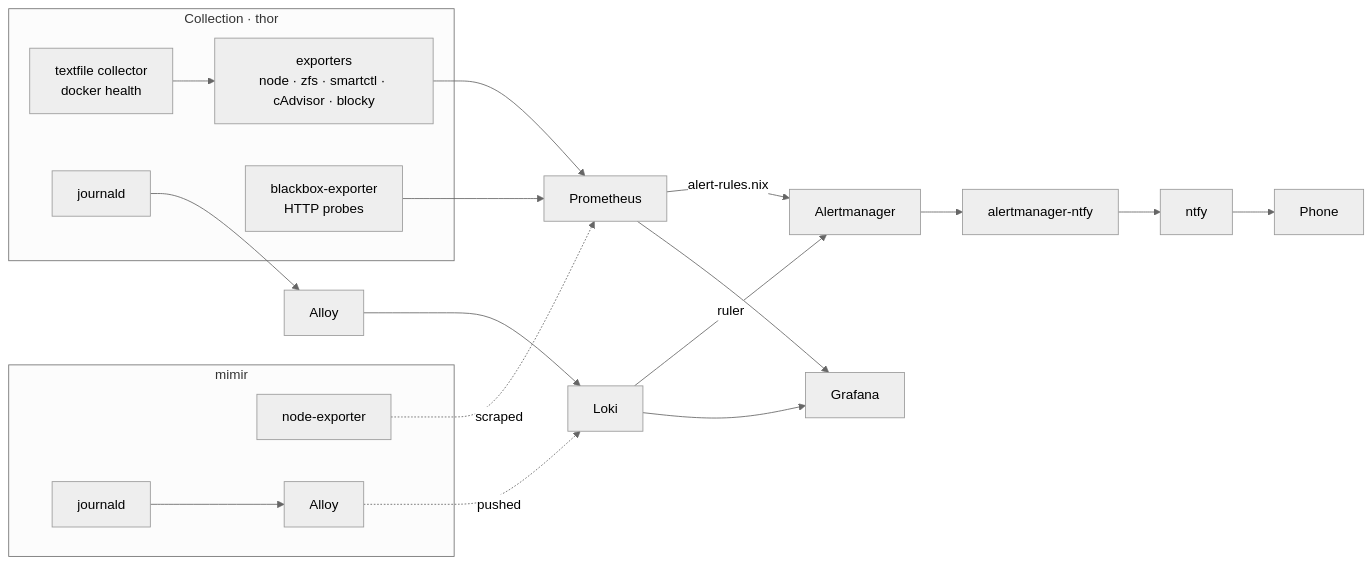
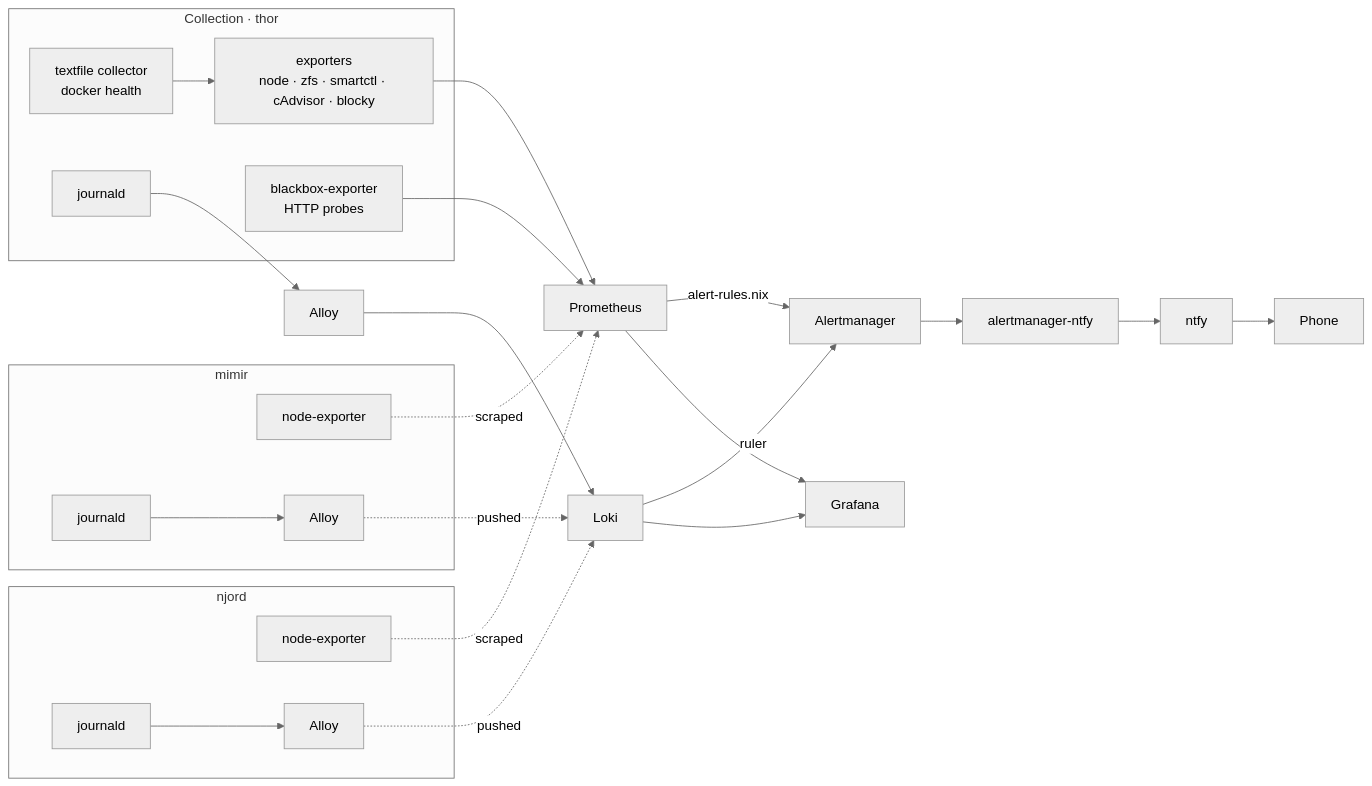
One commit to edrobertsrayne/nix-config changed the diagram in docs/monitoring.md. Above: the diagram before and after it, drawn with Mermaid (neutral theme). The commit also changed other lines of this file and 15 other files, not shown here.

````diff
--- a/docs/monitoring.md
+++ b/docs/monitoring.md
@@ -21,28 +22,35 @@
 ```mermaid
 flowchart LR
   subgraph mimir[mimir]
     ME["node-exporter"]
     MJ["journald"] --> MAL["Alloy"]
+  end
+
+  subgraph njord[njord]
+    NE["node-exporter"]
+    NJ["journald"] --> NAL["Alloy"]
   end
 
   subgraph collect[Collection · thor]
     E["exporters<br/>node · zfs · smartctl · cAdvisor · blocky"]
     T["textfile collector<br/>docker health"]
     B["blackbox-exporter<br/>HTTP probes"]
     J["journald"]
   end
 
   E --> P[Prometheus]
   T --> E
   B --> P
   J --> AL[Alloy] --> L[Loki]
 
   ME -.->|scraped| P
   MAL -.->|pushed| L
+  NE -.->|scraped| P
+  NAL -.->|pushed| L
 
   P -->|alert-rules.nix| AM[Alertmanager]
   L -->|ruler| AM
   AM --> N[alertmanager-ntfy] --> NT[ntfy] --> Phone
   P --> G[Grafana]
   L --> G
 ```
````
